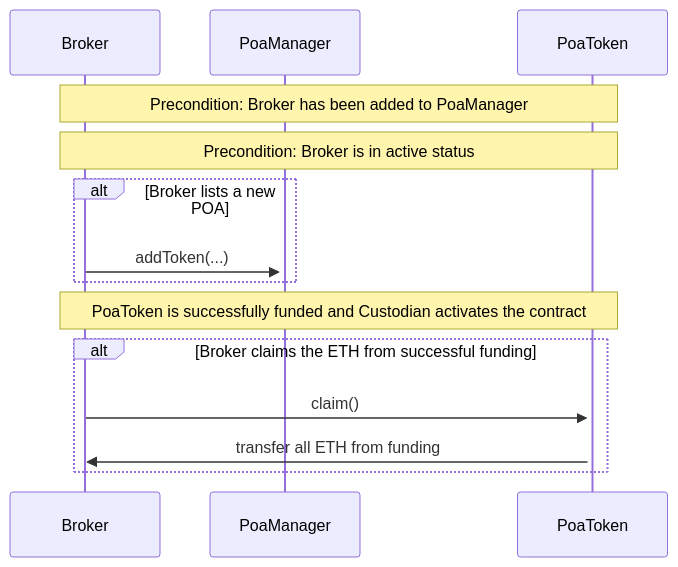
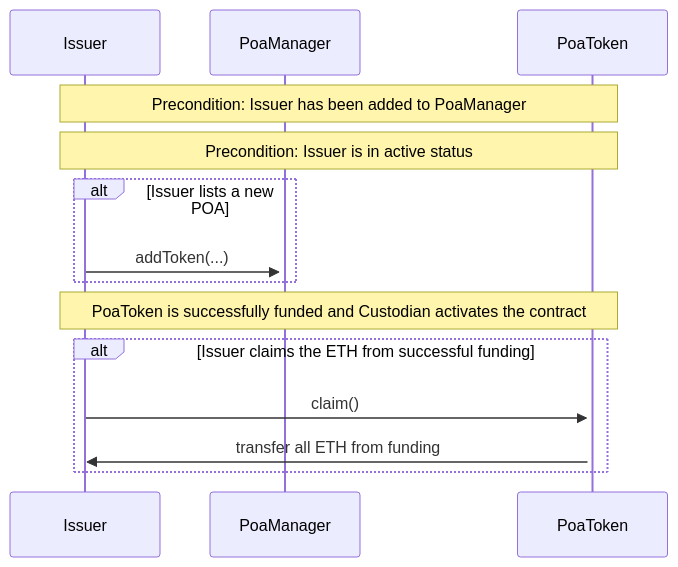
Before and after one commit to brickblock-io/smart-contracts: the diagram in docs/sequence-diagrams/POA-Broker-interaction.mmd, drawn with Mermaid. The commit also changed 44 other files, not shown here.

First line of the commit message:
chore: Globally renamed broker to issuer

```diff
--- a/docs/sequence-diagrams/POA-Broker-interaction.mmd
+++ b/docs/sequence-diagrams/POA-Broker-interaction.mmd
@@ -1,18 +1,18 @@
 sequenceDiagram
-  participant Broker
+  participant Issuer
   participant PMR as PoaManager
   participant POA as PoaToken
 
-  Note over Broker,POA: Precondition: Broker has been added to PoaManager
-  Note over Broker,POA: Precondition: Broker is in active status
+  Note over Issuer,POA: Precondition: Issuer has been added to PoaManager
+  Note over Issuer,POA: Precondition: Issuer is in active status
 
-  alt Broker lists a new POA
-    Broker->>+PMR: addToken(...)
+  alt Issuer lists a new POA
+    Issuer->>+PMR: addToken(...)
   end
 
-  Note over Broker,POA: PoaToken is successfully funded and Custodian activates the contract
+  Note over Issuer,POA: PoaToken is successfully funded and Custodian activates the contract
 
-  alt Broker claims the ETH from successful funding
-    Broker->>+POA: claim()
-    POA->>Broker: transfer all ETH from funding
+  alt Issuer claims the ETH from successful funding
+    Issuer->>+POA: claim()
+    POA->>Issuer: transfer all ETH from funding
   end
```
